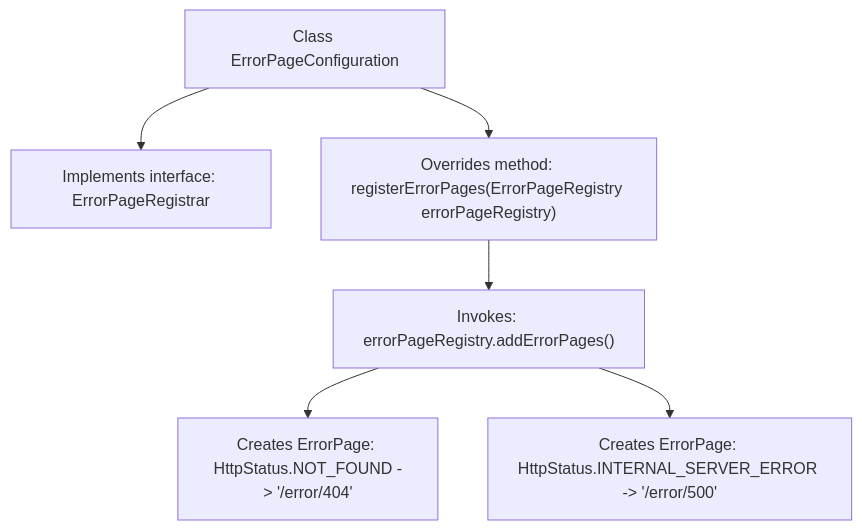
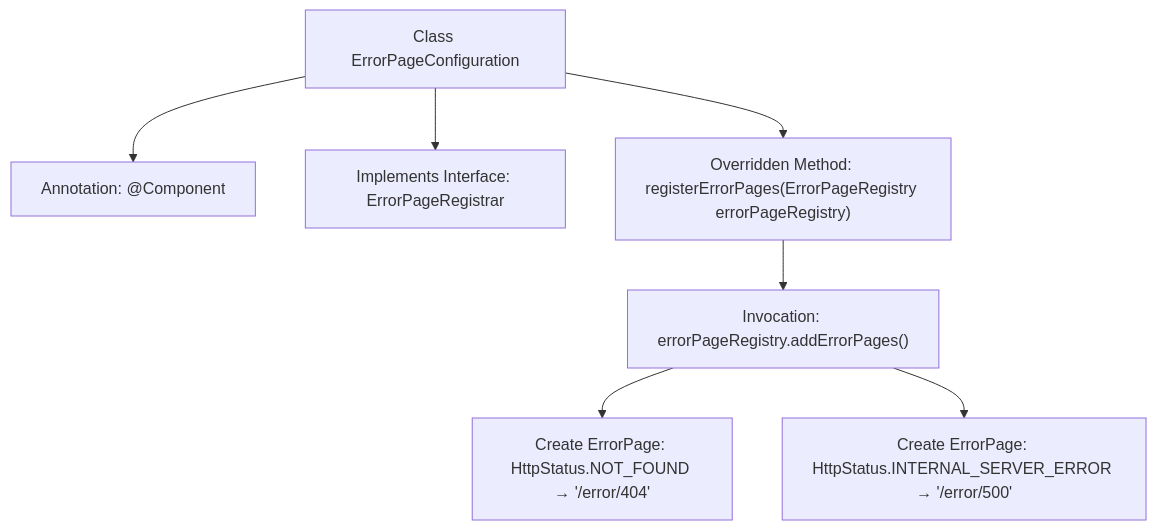
Before and after one commit to v-wjrong/rongwj666_weixin-java-miniapp-demo: the second of 2 diagrams in docs/en/docs/src/main/java/com/github/binarywang/demo/wx/miniapp/error/ErrorPageConfiguration.md, drawn with Mermaid. The commit also changed other lines of this file and 47 other files, not shown here.

````diff
--- a/docs/en/docs/src/main/java/com/github/binarywang/demo/wx/miniapp/error/ErrorPageConfiguration.md
+++ b/docs/en/docs/src/main/java/com/github/binarywang/demo/wx/miniapp/error/ErrorPageConfiguration.md
@@ -70,15 +70,17 @@
 ```mermaid
 graph TD
     A["Class ErrorPageConfiguration"]
-    B["Implements interface: ErrorPageRegistrar"]
-    C["Overrides method: registerErrorPages(ErrorPageRegistry errorPageRegistry)"]
-    D["Invokes: errorPageRegistry.addErrorPages()"]
-    E["Creates ErrorPage: HttpStatus.NOT_FOUND -> '/error/404'"]
-    F["Creates ErrorPage: HttpStatus.INTERNAL_SERVER_ERROR -> '/error/500'"]
+    B["Annotation: @Component"]
+    C["Implements Interface: ErrorPageRegistrar"]
+    D["Overridden Method: registerErrorPages(ErrorPageRegistry errorPageRegistry)"]
+    E["Invocation: errorPageRegistry.addErrorPages()"]
+    F["Create ErrorPage: HttpStatus.NOT_FOUND → '/error/404'"]
+    G["Create ErrorPage: HttpStatus.INTERNAL_SERVER_ERROR → '/error/500'"]
 
     A --> B
     A --> C
-    C --> D
+    A --> D
     D --> E
-    D --> F
+    E --> F
+    E --> G
 ```
````
